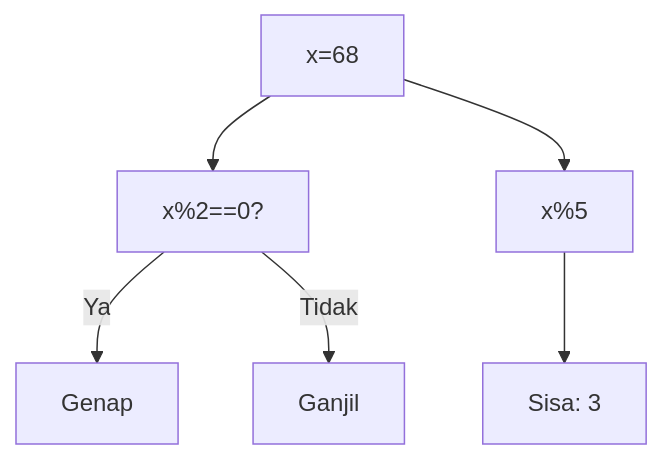
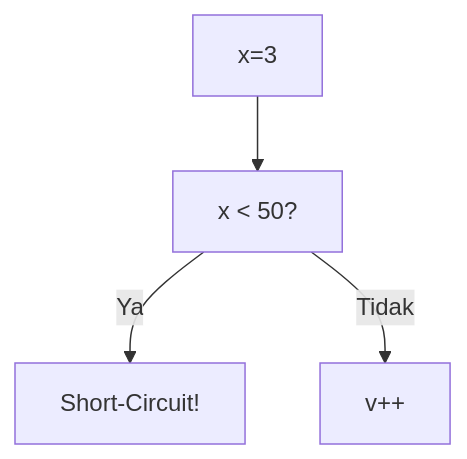
One commit to amnahwaida/OSNK_INF_PREP changed the eighth of 25 diagrams in part-c-pemahaman-cpp/02-percabangan/latihan/set-05.md. Above: the diagram before and after it, drawn with Mermaid. The commit also changed other lines of this file and 71 other files, not shown here.

````diff
--- a/part-c-pemahaman-cpp/02-percabangan/latihan/set-05.md
+++ b/part-c-pemahaman-cpp/02-percabangan/latihan/set-05.md
@@ -211,8 +220,6 @@
 ```mermaid
 graph TD
-A["x=68"] --> B["x%2==0?"]
-B -- Ya --> C["Genap"]
-B -- Tidak --> D["Ganjil"]
-A --> E["x%5"]
-E --> F["Sisa: 3"]
+A["x=3"] --> B["x < 50?"]
+B -- Ya --> C["Short-Circuit!"]
+B -- Tidak --> D["v++"]
 ```
````
